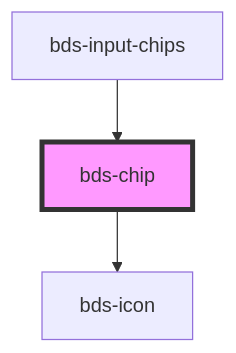
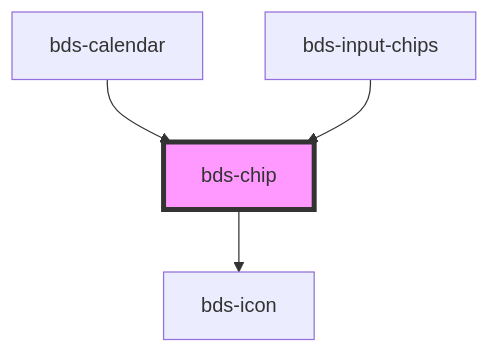
Before and after one commit to takenet/blip-ds: the diagram in src/components/chip/readme.md, drawn with Mermaid. The commit also changed other lines of this file and 5 other files, not shown here.

````diff
--- a/src/components/chip/readme.md
+++ b/src/components/chip/readme.md
@@ -40,6 +41,7 @@
 ```mermaid
 graph TD;
   bds-chip --> bds-icon
+  bds-calendar --> bds-chip
   bds-input-chips --> bds-chip
   style bds-chip fill:#f9f,stroke:#333,stroke-width:4px
 ```
````
